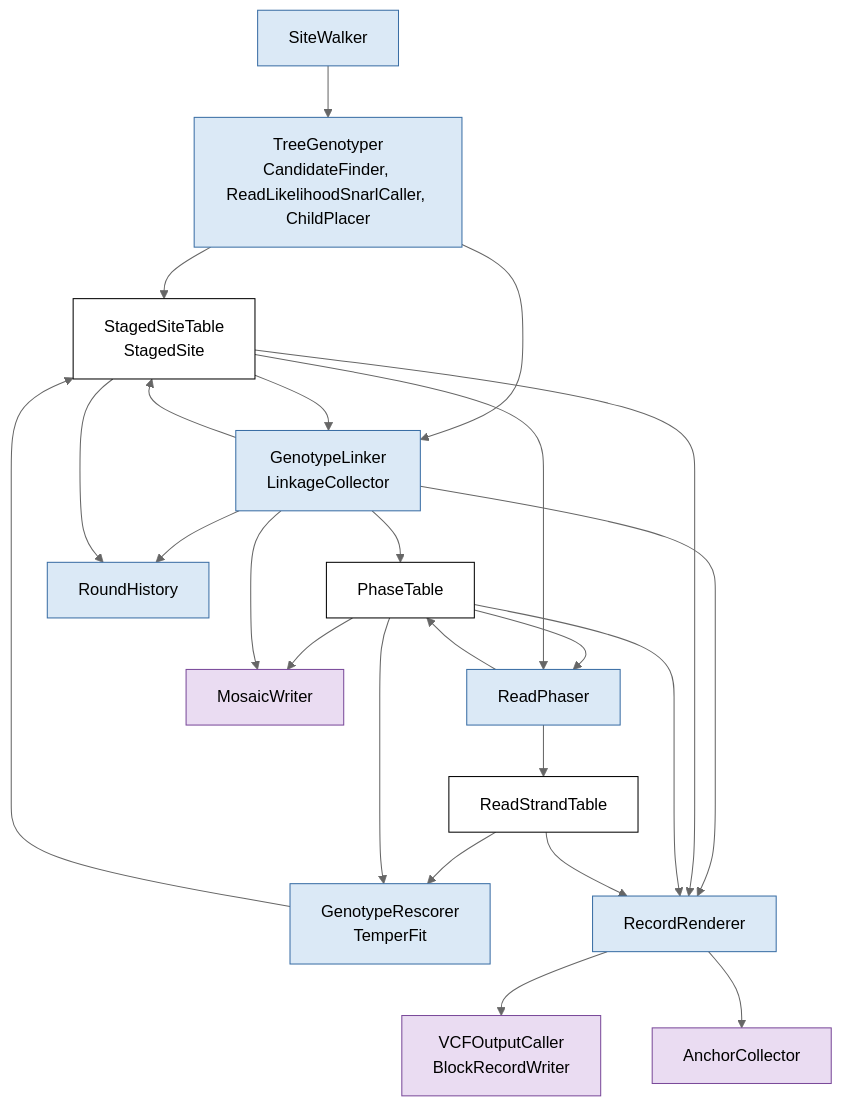
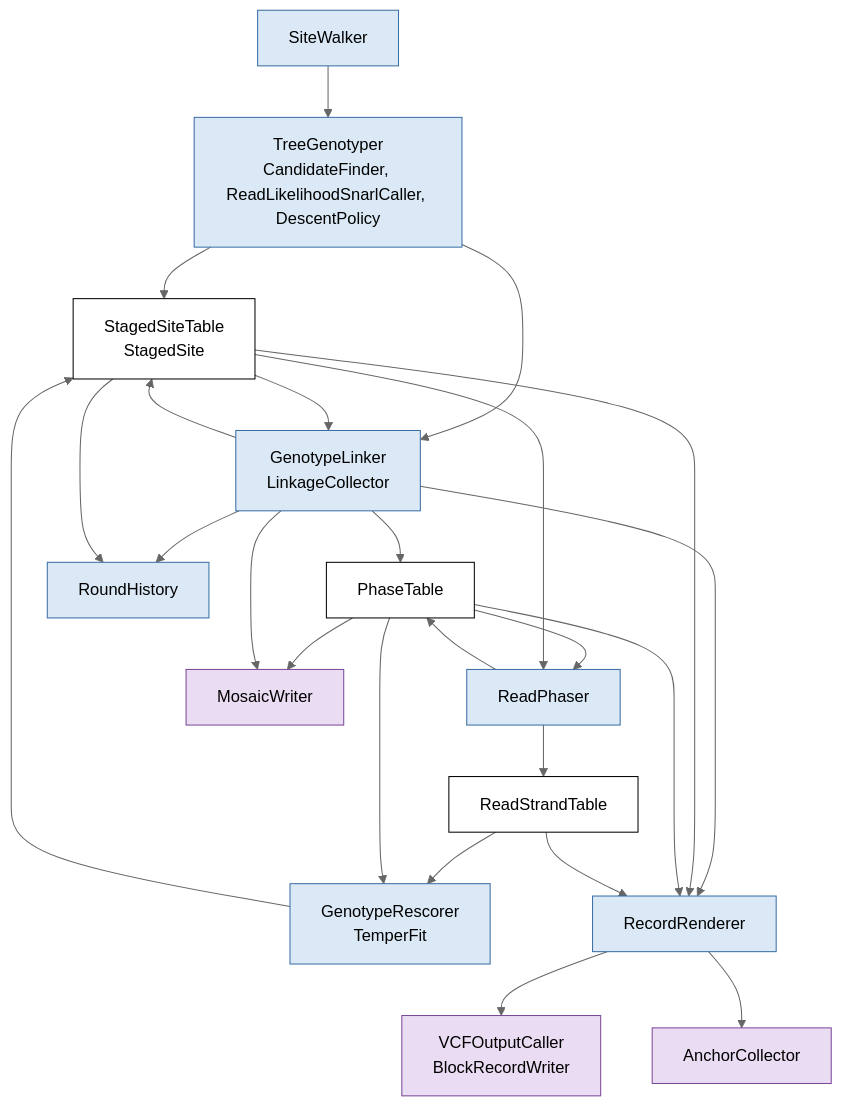
Before and after one commit to vgteam/vg: the diagram in artifacts/doc/read-likelihood-architecture.md, drawn with Mermaid (neutral theme). The commit also changed other lines of this file and 13 other files, not shown here.

Commit message:
call: rename ChildPlacer to DescentPolicy, the rules for which child chains of a genotyped site to genotype next

````diff
--- a/artifacts/doc/read-likelihood-architecture.md
+++ b/artifacts/doc/read-likelihood-architecture.md
@@ -104,44 +104,44 @@
 ```mermaid
 flowchart TD
     walker["SiteWalker"]:::widget
-    tree["TreeGenotyper<br/>CandidateFinder, ReadLikelihoodSnarlCaller, ChildPlacer"]:::widget
+    tree["TreeGenotyper<br/>CandidateFinder, ReadLikelihoodSnarlCaller, DescentPolicy"]:::widget
     staged["StagedSiteTable<br/>StagedSite"]:::data
     linker["GenotypeLinker<br/>LinkageCollector"]:::widget
     phases["PhaseTable"]:::data
     phaser["ReadPhaser"]:::widget
     strands["ReadStrandTable"]:::data
     rescorer["GenotypeRescorer<br/>TemperFit"]:::widget
     history["RoundHistory"]:::widget
     renderer["RecordRenderer"]:::widget
     output["VCFOutputCaller<br/>BlockRecordWriter"]:::output
     anchors["AnchorCollector"]:::output
     mosaic["MosaicWriter"]:::output
 
     walker --> tree
     tree --> staged
     tree --> linker
     staged --> linker
     linker --> staged
     linker --> phases
     phases --> phaser
     staged --> phaser
     phaser --> phases
     phaser --> strands
     strands --> rescorer
     phases --> rescorer
     rescorer --> staged
     linker --> history
     staged --> history
     linker --> renderer
     staged --> renderer
     phases --> renderer
     strands --> renderer
     renderer --> output
     renderer --> anchors
     phases --> mosaic
     linker --> mosaic
 
     classDef widget fill:#dbe9f6,stroke:#3a6ea5,color:#000000
     classDef data fill:#ffffff,stroke:#000000,color:#000000
     classDef output fill:#eadcf2,stroke:#7a4a9a,color:#000000
 ```
````
